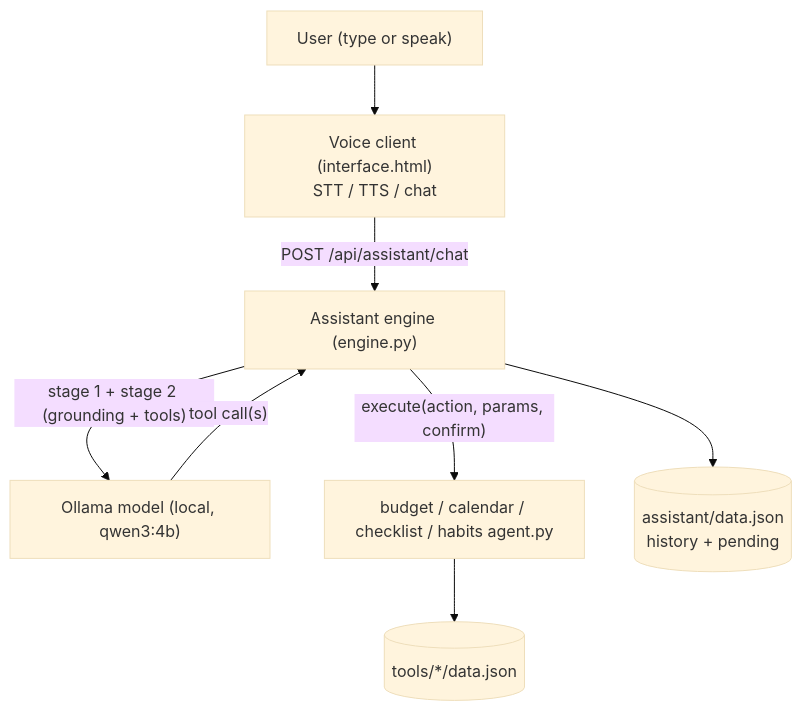
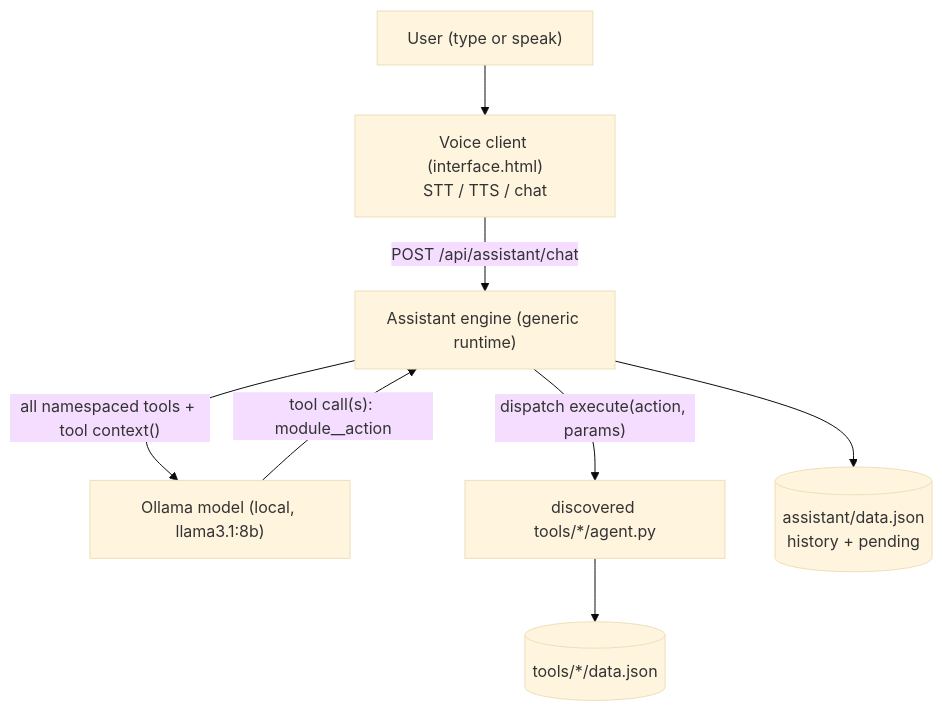
Before and after one commit to tsaristov/business_suite: the diagram in assistant/output.md, drawn with Mermaid (base theme). The commit also changed other lines of this file and 7 other files, not shown here.

````diff
--- a/assistant/output.md
+++ b/assistant/output.md
@@ -82,10 +81,10 @@
 ```mermaid
 flowchart TD
     U["User (type or speak)"] --> UI["Voice client (interface.html)\nSTT / TTS / chat"]
-    UI -->|"POST /api/assistant/chat"| ENGINE["Assistant engine (engine.py)"]
-    ENGINE -->|"stage 1 + stage 2 (grounding + tools)"| OLLAMA["Ollama model (local, qwen3:4b)"]
-    OLLAMA -->|"tool call(s)"| ENGINE
-    ENGINE -->|"execute(action, params, confirm)"| AG["budget / calendar / checklist / habits agent.py"]
+    UI -->|"POST /api/assistant/chat"| ENGINE["Assistant engine (generic runtime)"]
+    ENGINE -->|"all namespaced tools + tool context()"| OLLAMA["Ollama model (local, llama3.1:8b)"]
+    OLLAMA -->|"tool call(s): module__action"| ENGINE
+    ENGINE -->|"dispatch execute(action, params)"| AG["discovered tools/*/agent.py"]
     AG --> STORES[("tools/*/data.json")]
     ENGINE --> ASTORE[("assistant/data.json\nhistory + pending")]
 ```
````
